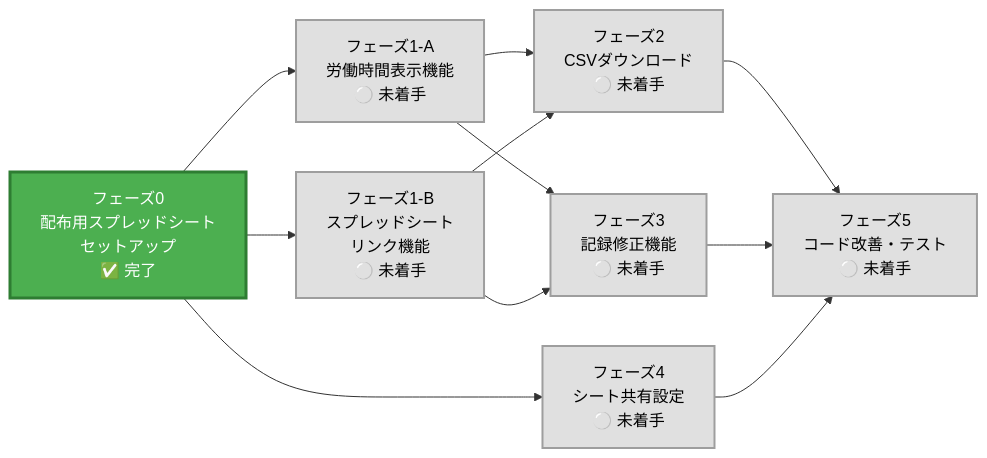
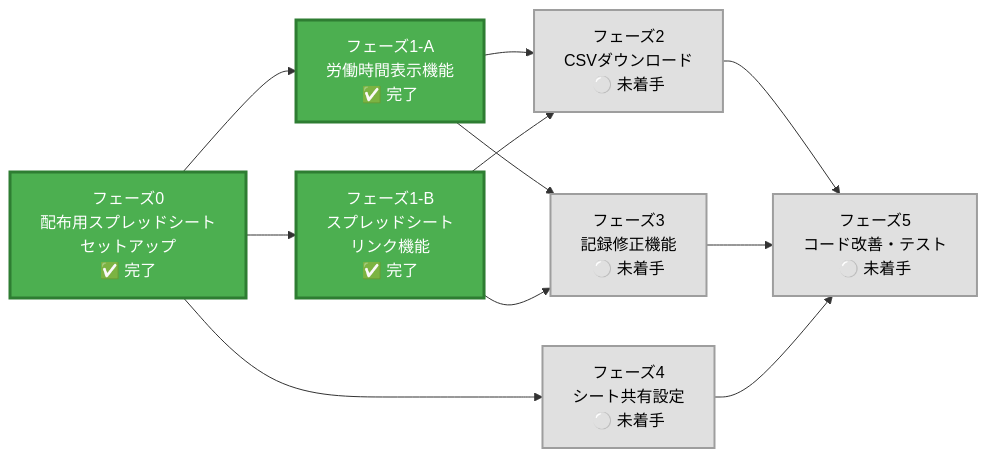
One commit to KazukiUrano/- changed the first of 2 diagrams in TODO.md. Above: the diagram before and after it, drawn with Mermaid. The commit also changed other lines of this file, not shown here.

Commit message:
docs: フェーズ1完了を反映（タスクグループAとBの完了状態を更新）

````diff
--- a/TODO.md
+++ b/TODO.md
@@ -8,38 +8,38 @@
 ```mermaid
 graph LR
     %% 第1層: フェーズ0
     P0[フェーズ0<br/>配布用スプレッドシート<br/>セットアップ<br/>✅ 完了]
     
     %% 第2層: フェーズ1（AとBは並列実行可能）
-    P1A[フェーズ1-A<br/>労働時間表示機能<br/>⚪ 未着手]
-    P1B[フェーズ1-B<br/>スプレッドシート<br/>リンク機能<br/>⚪ 未着手]
+    P1A[フェーズ1-A<br/>労働時間表示機能<br/>✅ 完了]
+    P1B[フェーズ1-B<br/>スプレッドシート<br/>リンク機能<br/>✅ 完了]
     P4[フェーズ4<br/>シート共有設定<br/>⚪ 未着手]
     
     %% 第3層: フェーズ2, 3（フェーズ1完了後）
     P2[フェーズ2<br/>CSVダウンロード<br/>⚪ 未着手]
     P3[フェーズ3<br/>記録修正機能<br/>⚪ 未着手]
     
     %% 第4層: フェーズ5（最終）
     P5[フェーズ5<br/>コード改善・テスト<br/>⚪ 未着手]
     
     %% 依存関係（左から右へ）
     P0 --> P1A
     P0 --> P1B
     P0 --> P4
     
     P1A --> P2
     P1A --> P3
     P1B --> P2
     P1B --> P3
     
     P2 --> P5
     P3 --> P5
     P4 --> P5
     
     %% スタイル設定
     classDef completed fill:#4CAF50,stroke:#2E7D32,stroke-width:3px,color:#fff
     classDef notStarted fill:#E0E0E0,stroke:#9E9E9E,stroke-width:2px,color:#000
     
-    class P0 completed
-    class P1A,P1B,P2,P3,P4,P5 notStarted
+    class P0,P1A,P1B completed
+    class P2,P3,P4,P5 notStarted
 ```
````
